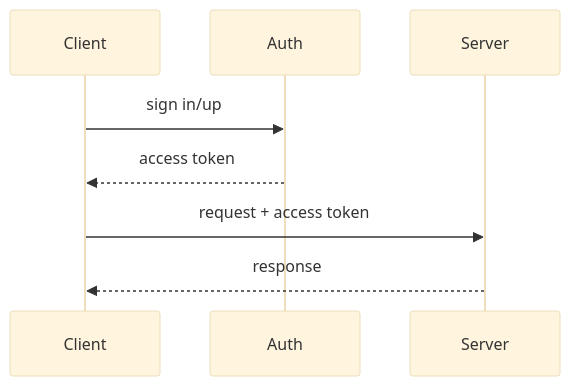
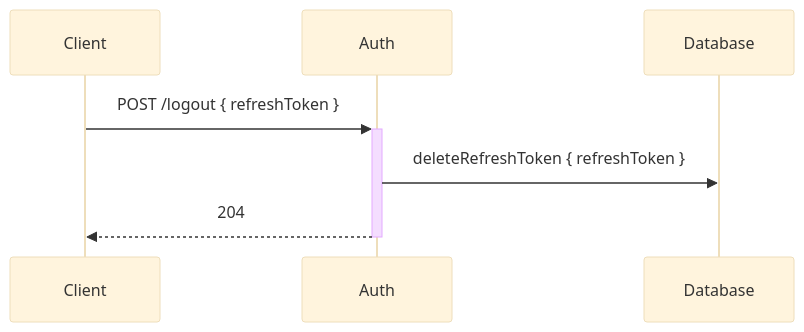
The third of 6 diagrams in auth.md (billhails/MetaData), drawn with Mermaid (base theme) before and after one commit. The commit also changed other lines of this file and 23 other files, not shown here.

````diff
--- a/auth.md
+++ b/auth.md
@@ -3,10 +40,10 @@
 ```mermaid
 sequenceDiagram
 participant Client
 participant Auth
-participant Server
-Client->>Auth: sign in/up
-Auth-->>Client: access token
-Client->>Server: request + access token
-Server-->>Client: response
+participant Database
+
+Client->>+Auth: POST /logout { refreshToken }
+    Auth->>Database: deleteRefreshToken { refreshToken }
+Auth-->>-Client: 204
 ```
````
